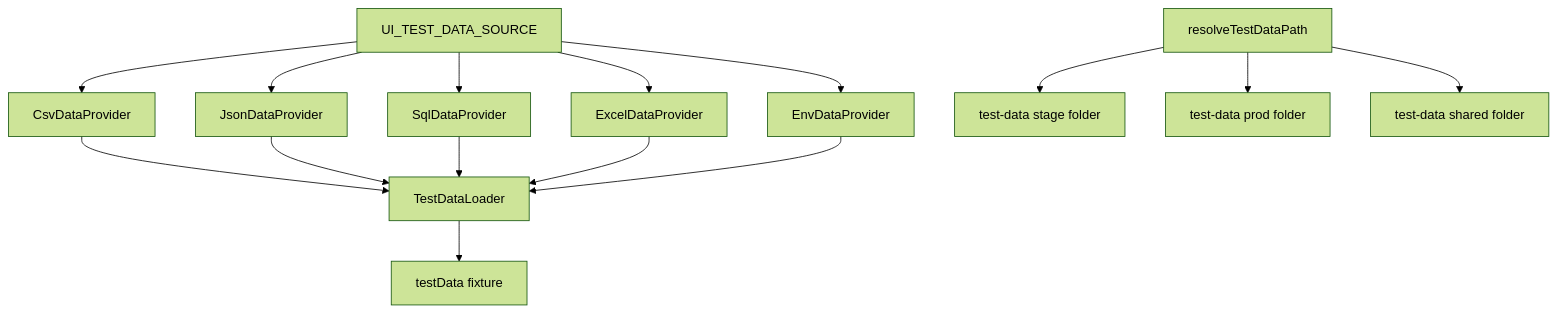
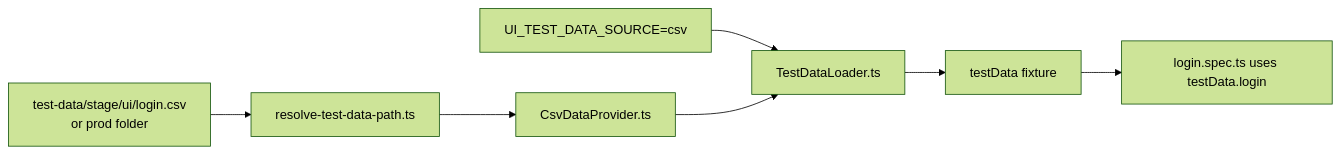
The fifth of 5 diagrams in docs/FRAMEWORK_DESIGN.md (avinashpoddar/playwright-automation), drawn with Mermaid (forest theme) before and after one commit. The commit also changed other lines of this file and 1 other file, not shown here.

````diff
--- a/docs/FRAMEWORK_DESIGN.md
+++ b/docs/FRAMEWORK_DESIGN.md
@@ -346,21 +161,13 @@
 ```mermaid
-flowchart TD
-  SRC["UI_TEST_DATA_SOURCE"]
-  SRC --> PCSV["CsvDataProvider"]
-  SRC --> PJSON["JsonDataProvider"]
-  SRC --> PMYSQL["SqlDataProvider"]
-  SRC --> PXLS["ExcelDataProvider"]
-  SRC --> PENV["EnvDataProvider"]
+flowchart LR
+  ENVVAR["UI_TEST_DATA_SOURCE=csv"]
+  CSVFILE["test-data/stage/ui/login.csv<br/>or prod folder"]
+  RESOLVE["resolve-test-data-path.ts"]
+  CSVPROV["CsvDataProvider.ts"]
+  LOADER["TestDataLoader.ts"]
+  FIXTURE["testData fixture"]
+  SPEC["login.spec.ts uses testData.login"]
 
-  RESOLVE["resolveTestDataPath"]
-  RESOLVE --> TSTAGE["test-data stage folder"]
-  RESOLVE --> TPROD["test-data prod folder"]
-  RESOLVE --> TFALL["test-data shared folder"]
-
-  PCSV --> LOADER["TestDataLoader"]
-  PJSON --> LOADER
-  PMYSQL --> LOADER
-  PXLS --> LOADER
-  PENV --> LOADER
-  LOADER --> FIX["testData fixture"]
+  ENVVAR --> LOADER
+  CSVFILE --> RESOLVE --> CSVPROV --> LOADER --> FIXTURE --> SPEC
 ```
````
